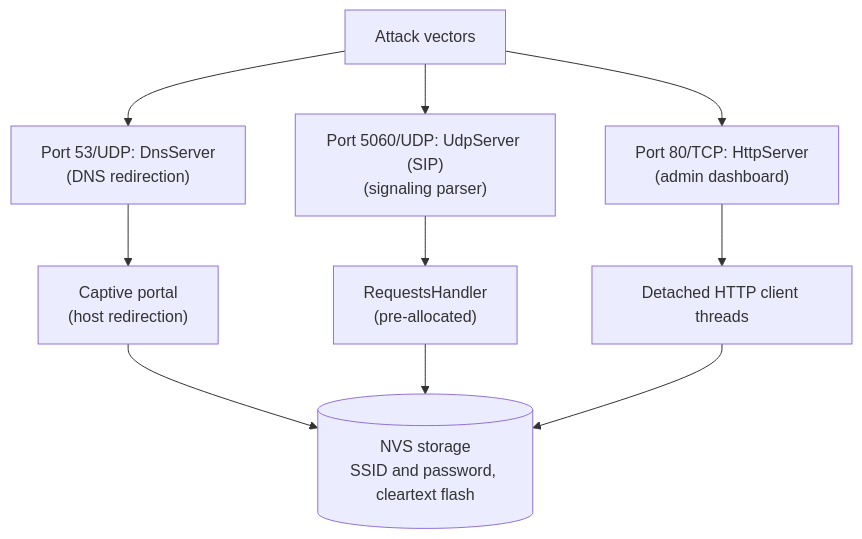
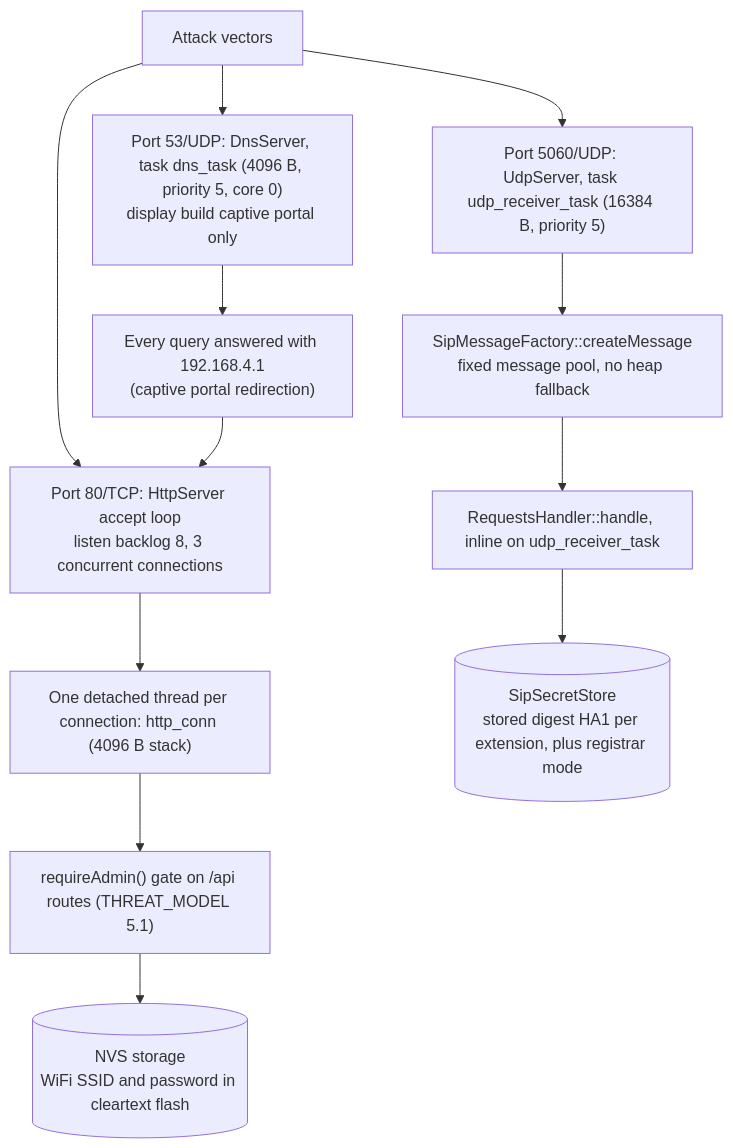
The first of 2 diagrams in docs/SECURITY_AUDIT.md (GlomarGadaffi/pocket-dial), drawn with Mermaid before and after one commit. The commit also changed other lines of this file and 29 other files, not shown here.

First line of the commit message:
docs: make the Mermaid diagrams exact against main (#1105)

````diff
--- a/docs/SECURITY_AUDIT.md
+++ b/docs/SECURITY_AUDIT.md
@@ -37,12 +37,14 @@
 ```mermaid
 flowchart TD
-    AV["Attack vectors"] --> DNS["Port 53/UDP: DnsServer<br/>(DNS redirection)"]
-    AV --> SIP["Port 5060/UDP: UdpServer (SIP)<br/>(signaling parser)"]
-    AV --> HTTP["Port 80/TCP: HttpServer<br/>(admin dashboard)"]
-    DNS --> CP["Captive portal<br/>(host redirection)"]
-    SIP --> RH["RequestsHandler<br/>(pre-allocated)"]
-    HTTP --> HC["Detached HTTP client threads"]
-    CP --> NVS[("NVS storage<br/>SSID and password, cleartext flash")]
-    RH --> NVS
-    HC --> NVS
+    AV["Attack vectors"] --> DNS["Port 53/UDP: DnsServer, task dns_task (4096 B, priority 5, core 0)<br/>display build captive portal only"]
+    AV --> SIP["Port 5060/UDP: UdpServer, task udp_receiver_task (16384 B, priority 5)"]
+    AV --> HTTP["Port 80/TCP: HttpServer accept loop<br/>listen backlog 8, 3 concurrent connections"]
+    DNS --> CP["Every query answered with 192.168.4.1<br/>(captive portal redirection)"]
+    SIP --> MP["SipMessageFactory::createMessage<br/>fixed message pool, no heap fallback"]
+    MP --> RH["RequestsHandler::handle, inline on udp_receiver_task"]
+    HTTP --> HC["One detached thread per connection: http_conn (4096 B stack)"]
+    HC --> RA["requireAdmin() gate on /api routes (THREAT_MODEL 5.1)"]
+    CP --> HTTP
+    RA --> NVS[("NVS storage<br/>WiFi SSID and password in cleartext flash")]
+    RH --> SS[("SipSecretStore<br/>stored digest HA1 per extension, plus registrar mode")]
 ```
````
